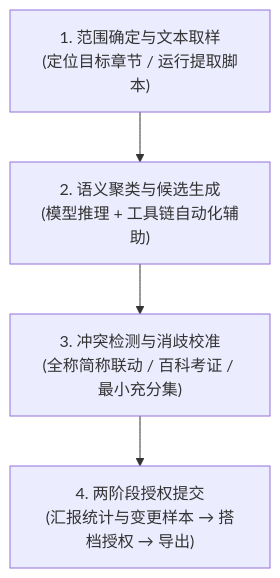
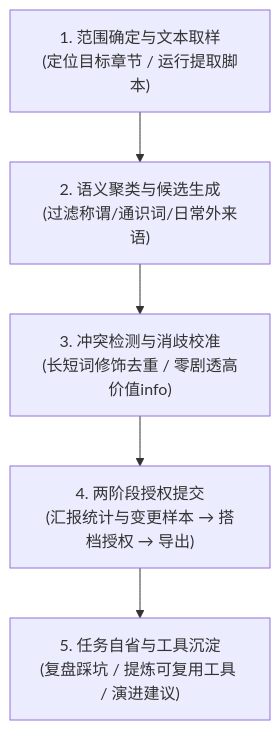
One commit to Wally297385/lingua-antigravity changed the diagram in skills/quality-rule-workflow/SKILL.md. Above: the diagram before and after it, drawn with Mermaid. The commit also changed other lines of this file and 8 other files, not shown here.

````diff
--- a/skills/quality-rule-workflow/SKILL.md
+++ b/skills/quality-rule-workflow/SKILL.md
@@ -31,6 +31,7 @@
 ```mermaid
 flowchart TD
-    S1["1. 范围确定与文本取样<br/>(定位目标章节 / 运行提取脚本)"] --> S2["2. 语义聚类与候选生成<br/>(模型推理 + 工具链自动化辅助)"]
-    S2 --> S3["3. 冲突检测与消歧校准<br/>(全称简称联动 / 百科考证 / 最小充分集)"]
+    S1["1. 范围确定与文本取样<br/>(定位目标章节 / 运行提取脚本)"] --> S2["2. 语义聚类与候选生成<br/>(过滤称谓/通识词/日常外来语)"]
+    S2 --> S3["3. 冲突检测与消歧校准<br/>(长短词修饰去重 / 零剧透高价值info)"]
     S3 --> S4["4. 两阶段授权提交<br/>(汇报统计与变更样本 → 搭档授权 → 导出)"]
+    S4 --> S5["5. 任务自省与工具沉淀<br/>(复盘踩坑 / 提炼可复用工具 / 演进建议)"]
 ```
````
